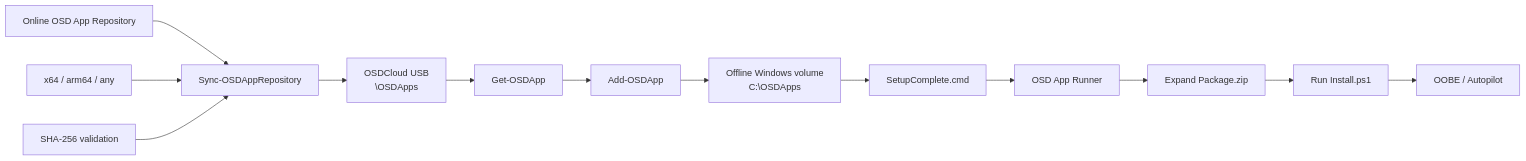
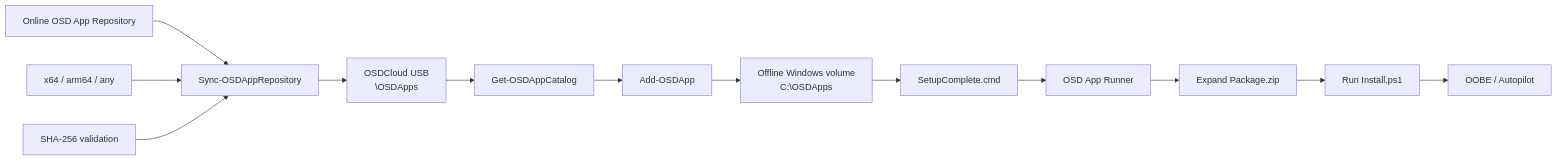
The diagram in README.md (roryvossepoel/OSDAppClient), drawn with Mermaid before and after one commit. The commit also changed other lines of this file, not shown here.

Commit message:
Document Get-OSDAppCatalog local and online views

````diff
--- a/README.md
+++ b/README.md
@@ -10,16 +10,16 @@
 ```mermaid
 flowchart LR
     A[Online OSD App Repository] --> B[Sync-OSDAppRepository]
     B --> C[OSDCloud USB<br/>\OSDApps]
-    C --> D[Get-OSDApp]
+    C --> D[Get-OSDAppCatalog]
     D --> E[Add-OSDApp]
     E --> F[Offline Windows volume<br/>C:\OSDApps]
     F --> G[SetupComplete.cmd]
     G --> H[OSD App Runner]
     H --> I[Expand Package.zip]
     I --> J[Run Install.ps1]
     J --> K[OOBE / Autopilot]
 
     L[x64 / arm64 / any] --> B
     M[SHA-256 validation] --> B
 ```
````
